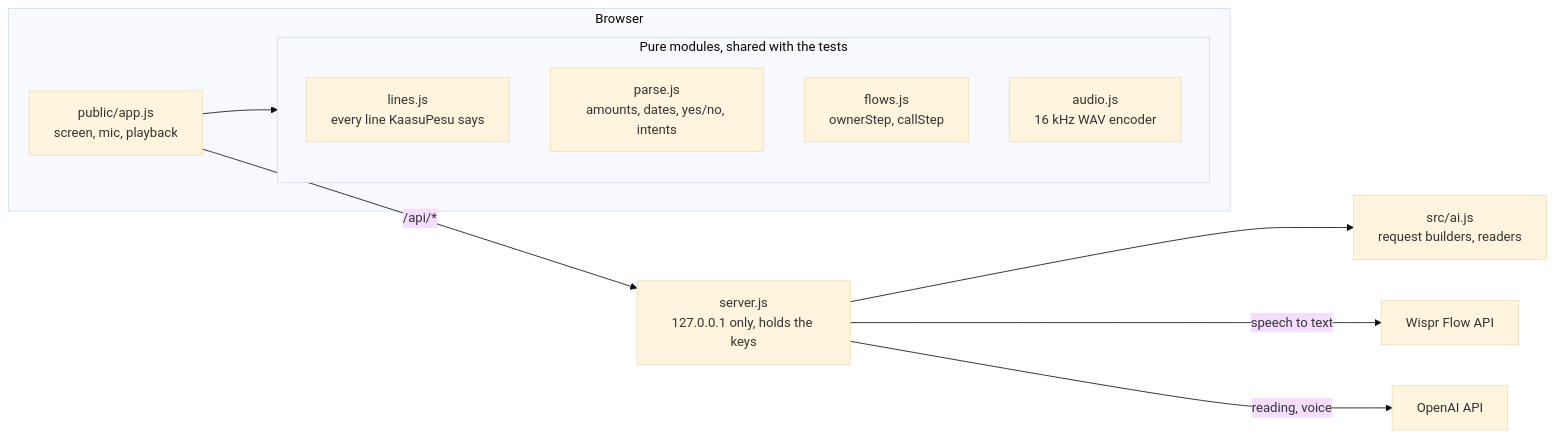
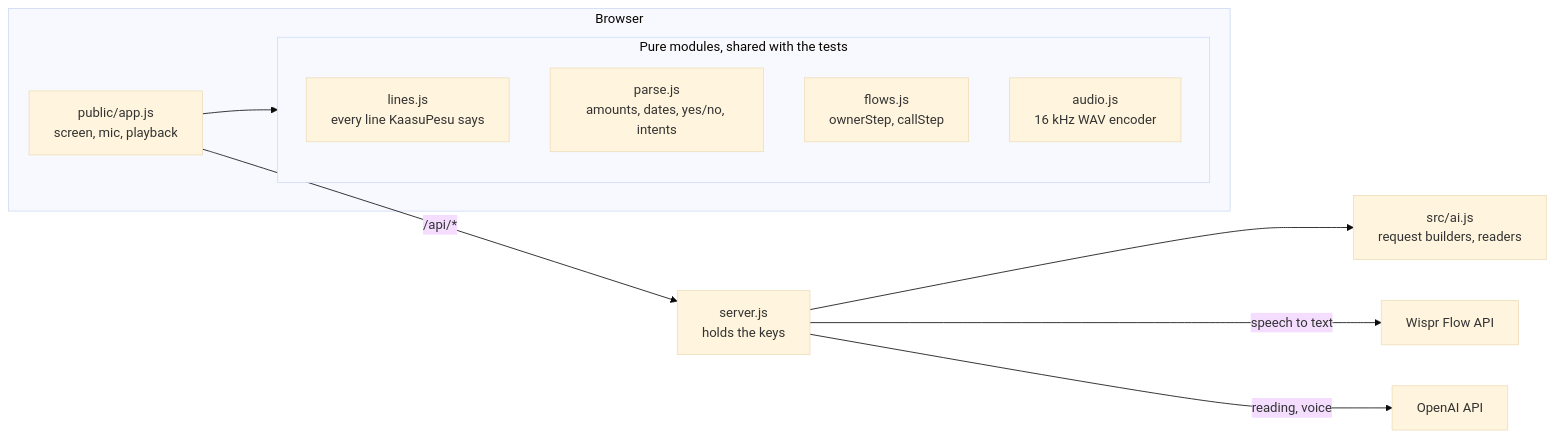
One commit to Nithish7680/kaasupesu changed the first of 3 diagrams in docs/ARCHITECTURE.md. Above: the diagram before and after it, drawn with Mermaid (base theme). The commit also changed other lines of this file and 3 other files, not shown here.

````diff
--- a/docs/ARCHITECTURE.md
+++ b/docs/ARCHITECTURE.md
@@ -20,17 +20,17 @@
 ```mermaid
 flowchart LR
   subgraph Browser
     APP["public/app.js<br/>screen, mic, playback"]
     subgraph CORE["Pure modules, shared with the tests"]
       LINES["lines.js<br/>every line KaasuPesu says"]
       PARSE["parse.js<br/>amounts, dates, yes/no, intents"]
       FLOWS["flows.js<br/>ownerStep, callStep"]
       AUDIO["audio.js<br/>16 kHz WAV encoder"]
     end
     APP --> CORE
   end
-  APP -- "/api/*" --> SERVER["server.js<br/>127.0.0.1 only, holds the keys"]
+  APP -- "/api/*" --> SERVER["server.js<br/>holds the keys"]
   SERVER --> AI["src/ai.js<br/>request builders, readers"]
   SERVER -- "speech to text" --> WISPR["Wispr Flow API"]
   SERVER -- "reading, voice" --> OPENAI["OpenAI API"]
 ```
````
